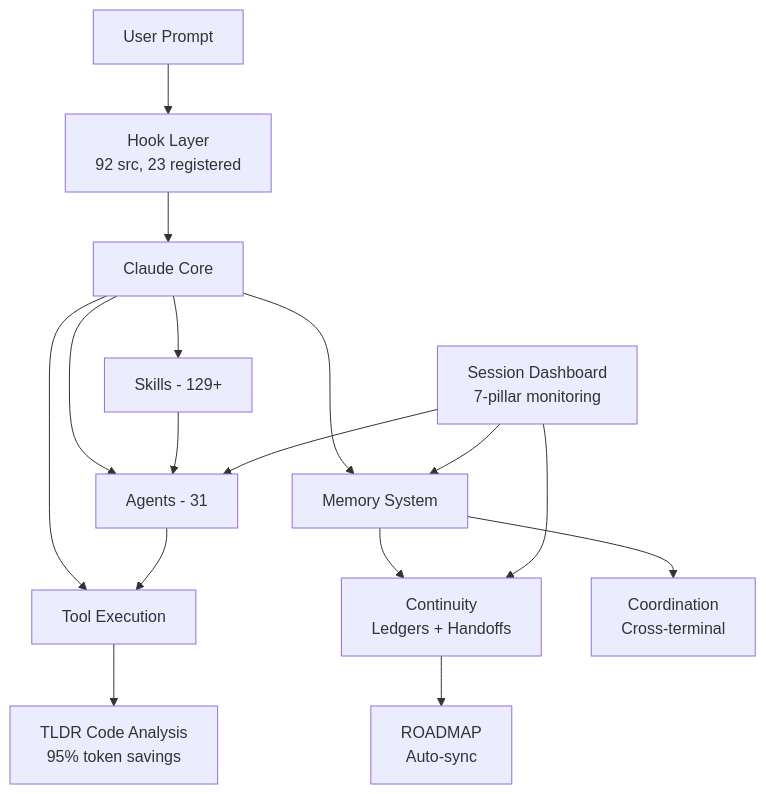
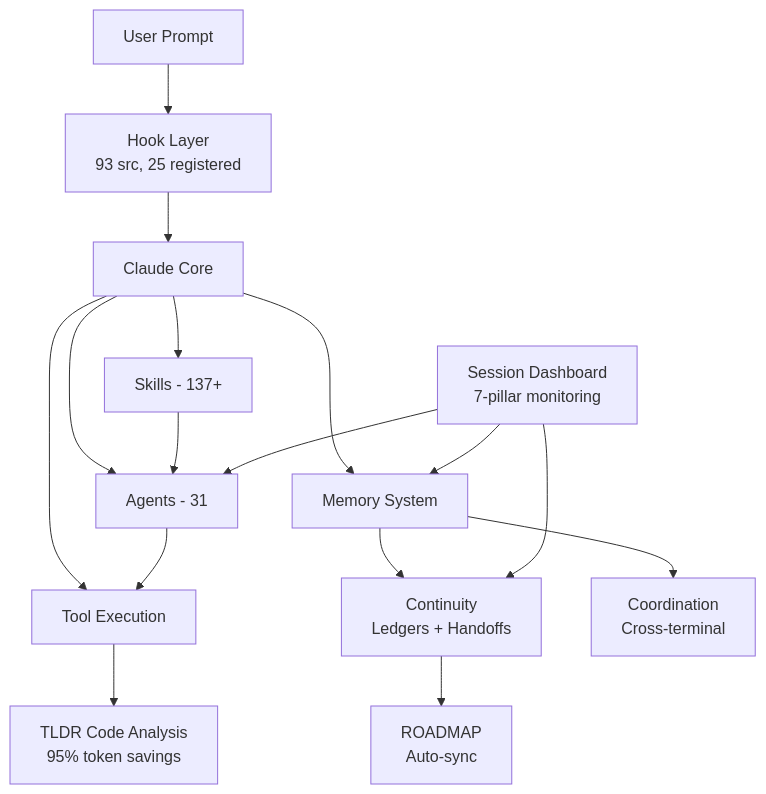
Before and after one commit to parcadei/Continuous-Claude-v2: the diagram in README.md, drawn with Mermaid. The commit also changed other lines of this file and 8 other files, not shown here.

First line of the commit message:
docs: update public-facing docs, remove ROADMAP from tracking

````diff
--- a/README.md
+++ b/README.md
@@ -931,18 +931,18 @@
 ```mermaid
 graph TB
-    UP[User Prompt] --> HL[Hook Layer<br/>92 src, 23 registered]
+    UP[User Prompt] --> HL[Hook Layer<br/>93 src, 25 registered]
     HL --> CC[Claude Core]
     CC --> TE[Tool Execution]
-    CC --> SK[Skills - 129+]
+    CC --> SK[Skills - 137+]
     CC --> AG[Agents - 31]
     CC --> MS[Memory System]
     SK --> AG
     AG --> TE
     TE --> TLDR[TLDR Code Analysis<br/>95% token savings]
     MS --> CL[Continuity<br/>Ledgers + Handoffs]
     MS --> CO[Coordination<br/>Cross-terminal]
     CL --> RM[ROADMAP<br/>Auto-sync]
     SD[Session Dashboard<br/>7-pillar monitoring] --> MS
     SD --> AG
     SD --> CL
 ```
````
